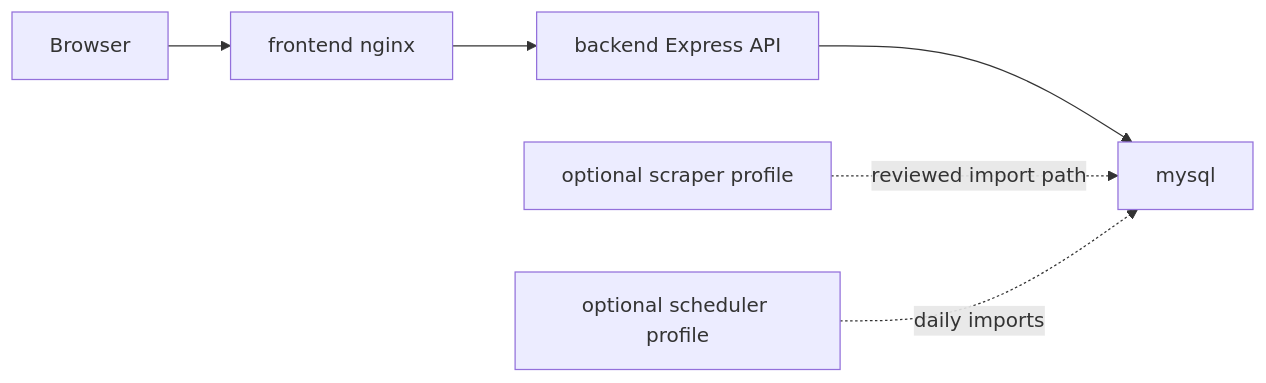
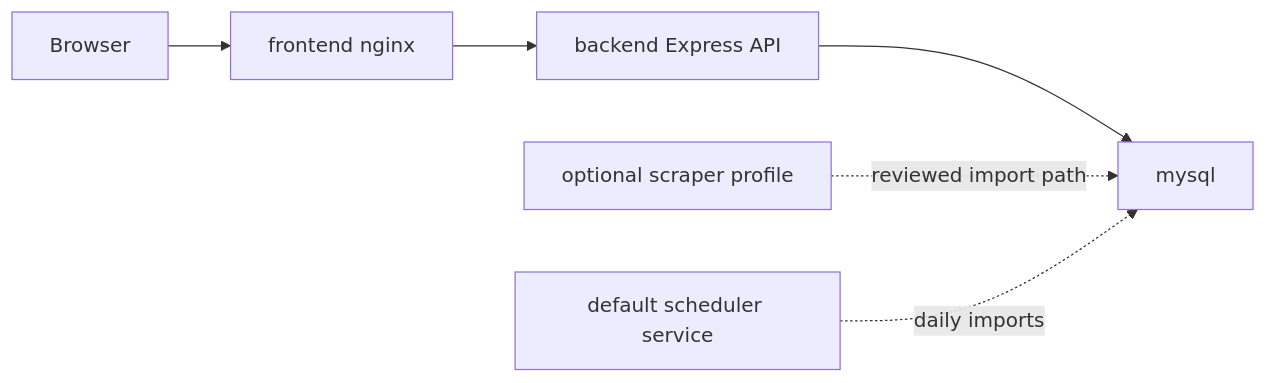
One commit to ChaddBrenner/ElonMealsDB changed the diagram in README.md. Above: the diagram before and after it, drawn with Mermaid. The commit also changed other lines of this file and 12 other files, not shown here.

Commit message:
Run scraper scheduler by default

````diff
--- a/README.md
+++ b/README.md
@@ -48,8 +50,8 @@
 ```mermaid
 flowchart LR
   Browser["Browser"] --> Frontend["frontend nginx"]
   Frontend --> Backend["backend Express API"]
   Backend --> MySQL["mysql"]
   Scraper["optional scraper profile"] -. "reviewed import path" .-> MySQL
-  Scheduler["optional scheduler profile"] -. "daily imports" .-> MySQL
+  Scheduler["default scheduler service"] -. "daily imports" .-> MySQL
 ```
````
